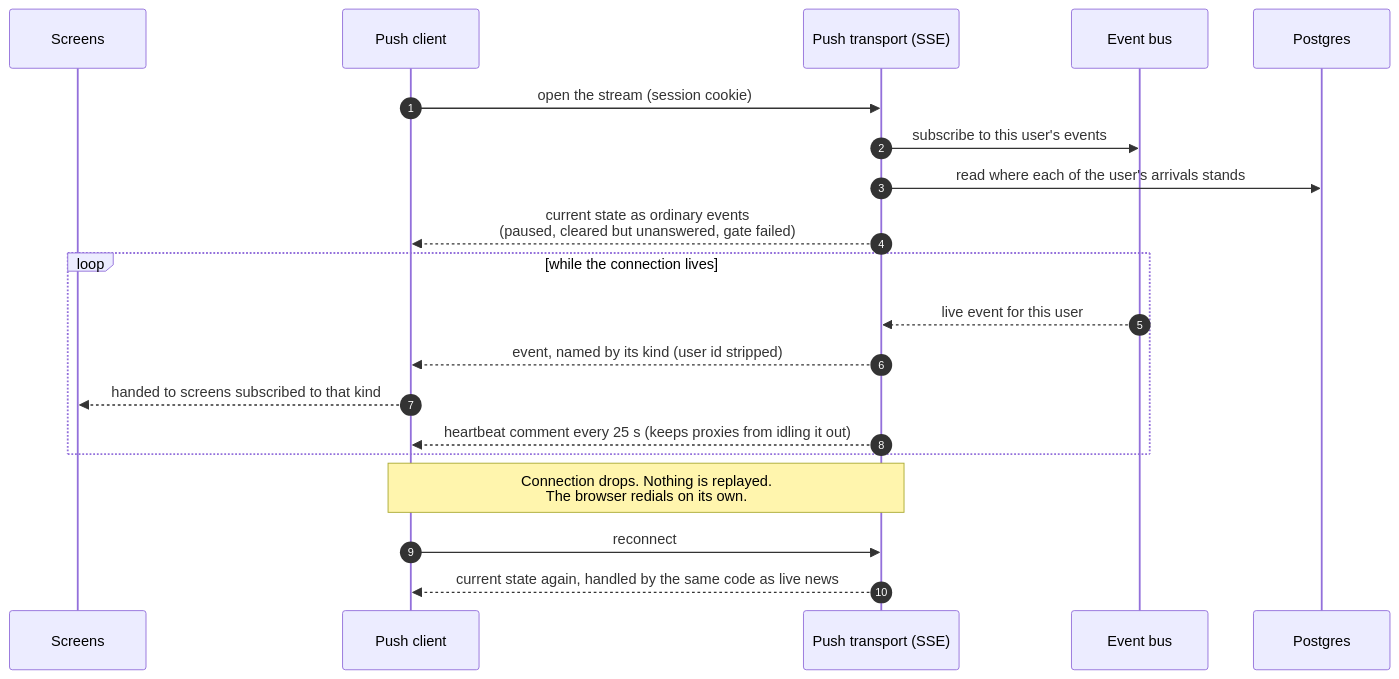
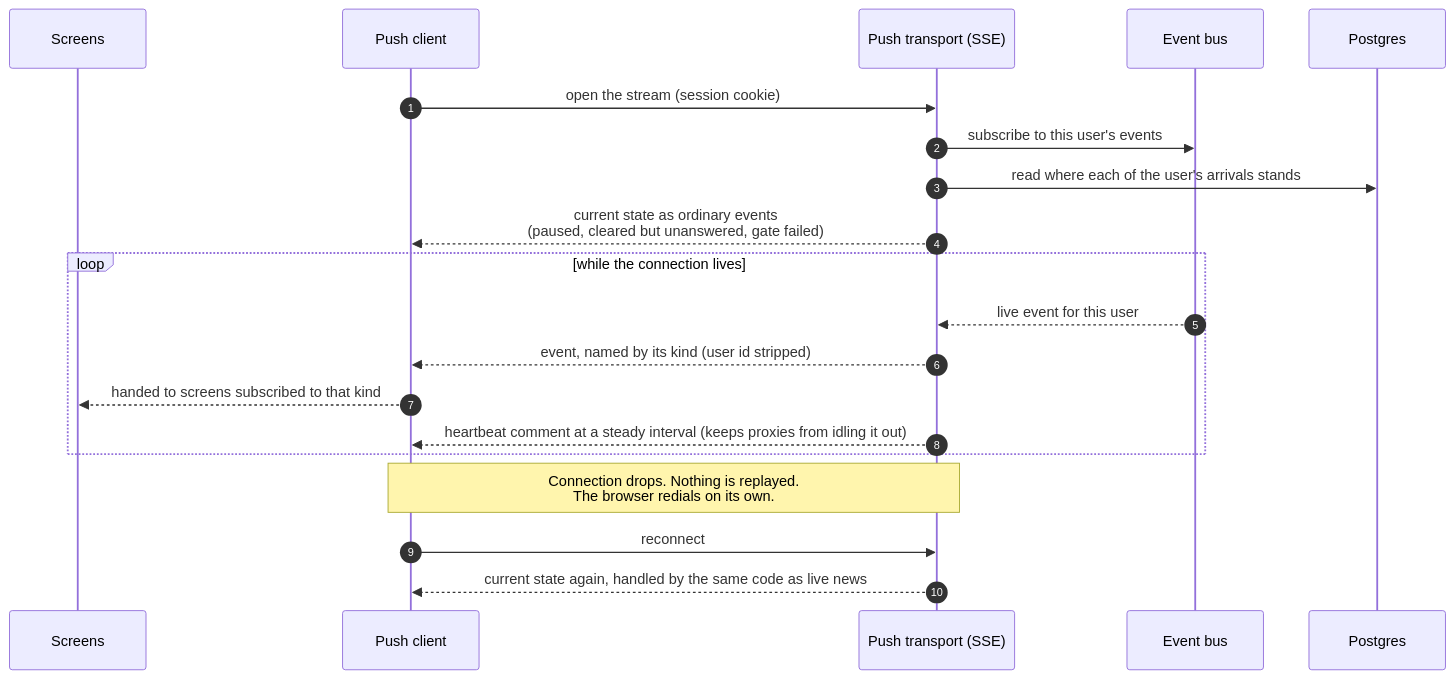
The sixth of 7 diagrams in docs/flows/background-work.md (amg/ariadne), drawn with Mermaid before and after one commit. The commit also changed other lines of this file and 18 other files, not shown here.

````diff
--- a/docs/flows/background-work.md
+++ b/docs/flows/background-work.md
@@ -297,23 +298,23 @@
 ```mermaid
 sequenceDiagram
   autonumber
   participant S as Screens
   participant PC as Push client
   participant T as Push transport (SSE)
   participant B as Event bus
   participant DB as Postgres
 
   PC->>T: open the stream (session cookie)
   T->>B: subscribe to this user's events
   T->>DB: read where each of the user's arrivals stands
   T-->>PC: current state as ordinary events<br/>(paused, cleared but unanswered, gate failed)
   loop while the connection lives
     B-->>T: live event for this user
     T-->>PC: event, named by its kind (user id stripped)
     PC-->>S: handed to screens subscribed to that kind
-    T-->>PC: heartbeat comment every 25 s (keeps proxies from idling it out)
+    T-->>PC: heartbeat comment at a steady interval (keeps proxies from idling it out)
   end
   note over PC,T: Connection drops. Nothing is replayed.<br/>The browser redials on its own.
   PC->>T: reconnect
   T-->>PC: current state again, handled by the same code as live news
 ```
````
